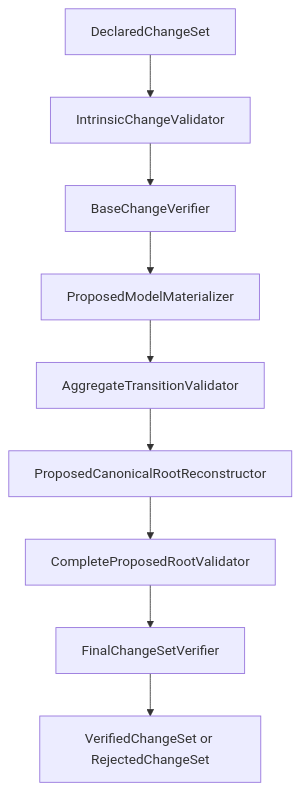
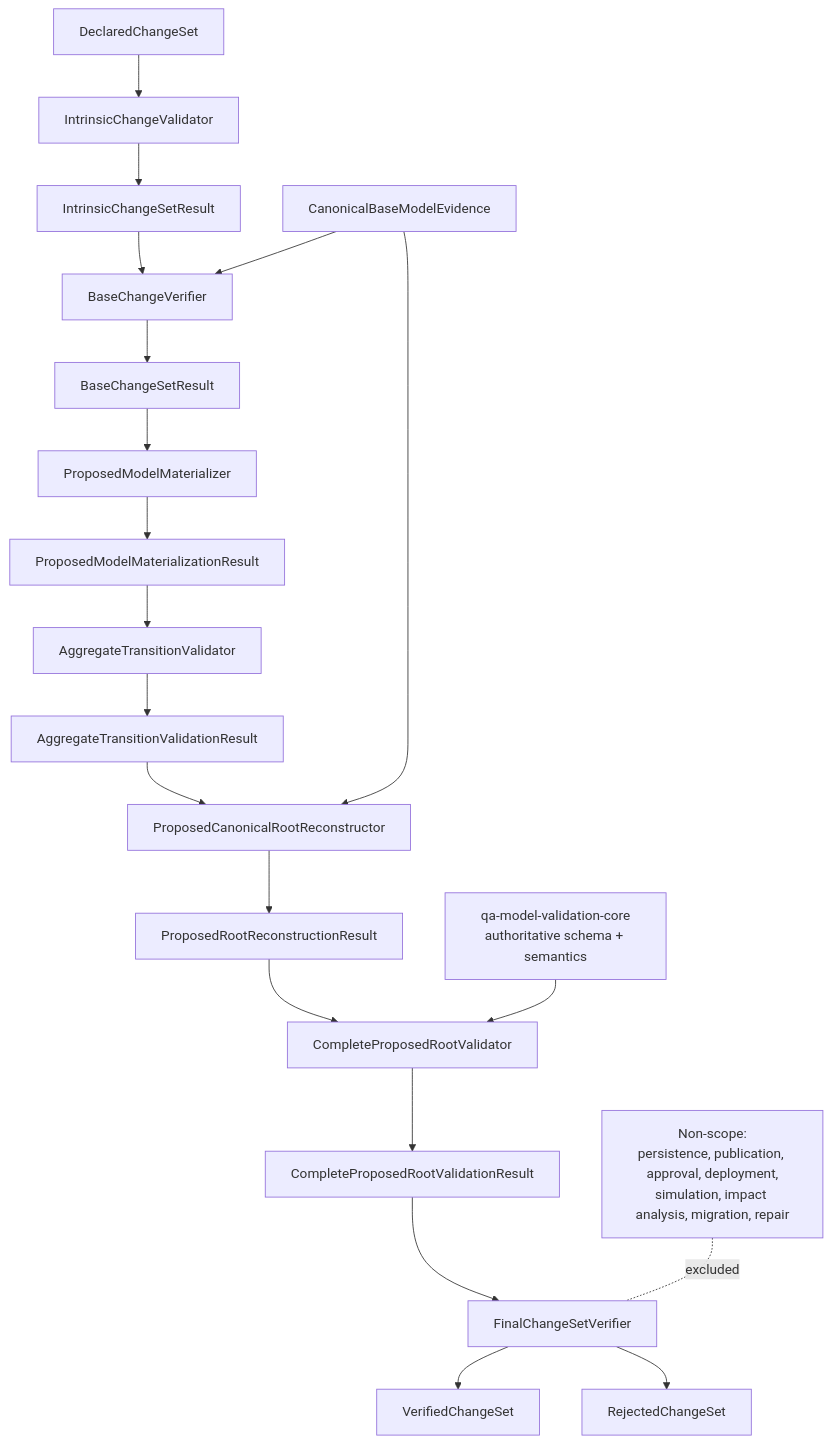
Before and after one commit to andreigkuznetsov/qa-knowledge-graph: the diagram in docs/canonical-change-architecture.md, drawn with Mermaid. The commit also changed 5 other files, not shown here.

````diff
--- a/docs/canonical-change-architecture.md
+++ b/docs/canonical-change-architecture.md
@@ -29,11 +29,24 @@
 ```mermaid
 flowchart TD
   D[DeclaredChangeSet] --> I[IntrinsicChangeValidator]
-  I --> B[BaseChangeVerifier]
-  B --> M[ProposedModelMaterializer]
-  M --> A[AggregateTransitionValidator]
-  A --> R[ProposedCanonicalRootReconstructor]
-  R --> C[CompleteProposedRootValidator]
-  C --> F[FinalChangeSetVerifier]
-  F --> V[VerifiedChangeSet or RejectedChangeSet]
+  I --> IR[IntrinsicChangeSetResult]
+  IR --> B[BaseChangeVerifier]
+  BE[CanonicalBaseModelEvidence] --> B
+  B --> BR[BaseChangeSetResult]
+  BR --> M[ProposedModelMaterializer]
+  M --> MR[ProposedModelMaterializationResult]
+  MR --> A[AggregateTransitionValidator]
+  A --> AR[AggregateTransitionValidationResult]
+  AR --> R[ProposedCanonicalRootReconstructor]
+  BE --> R
+  R --> RR[ProposedRootReconstructionResult]
+  RR --> C[CompleteProposedRootValidator]
+  VC[qa-model-validation-core<br/>authoritative schema + semantics] --> C
+  C --> CR[CompleteProposedRootValidationResult]
+  CR --> F[FinalChangeSetVerifier]
+  F --> V[VerifiedChangeSet]
+  F --> X[RejectedChangeSet]
+
+  N[Non-scope:<br/>persistence, publication, approval, deployment,<br/>simulation, impact analysis, migration, repair]
+  N -. excluded .- F
 ```
````
